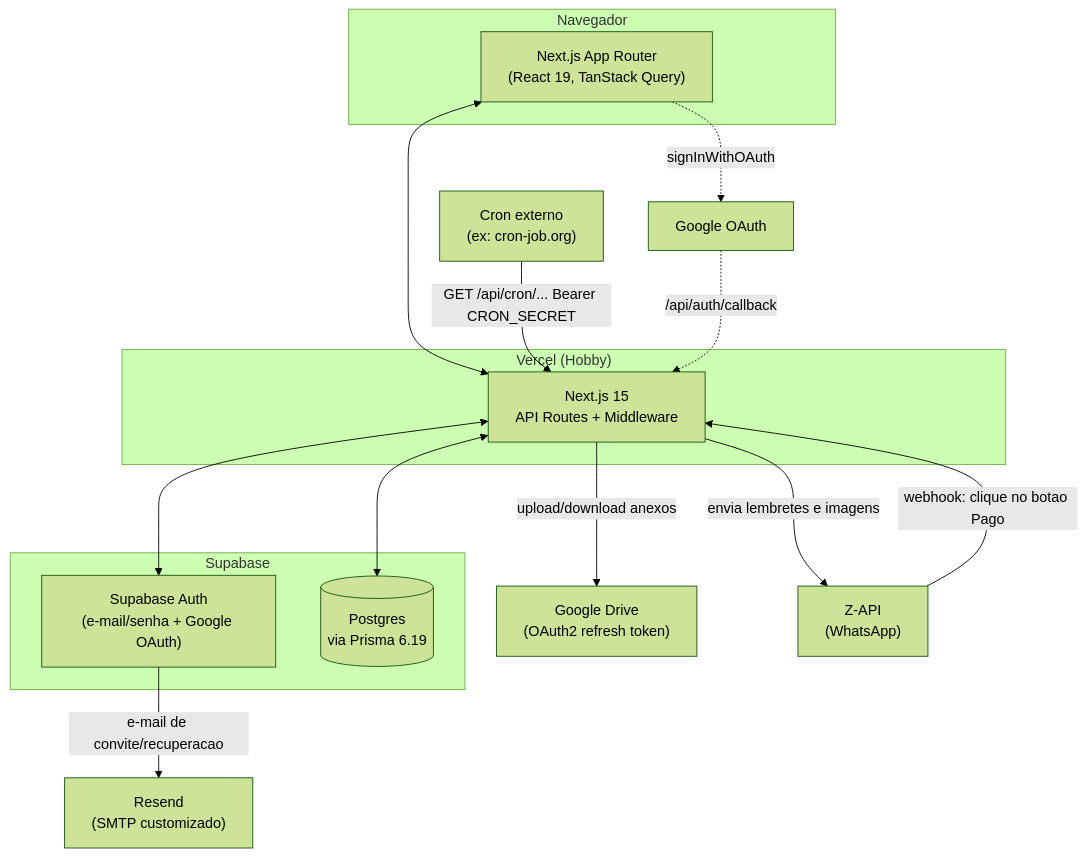
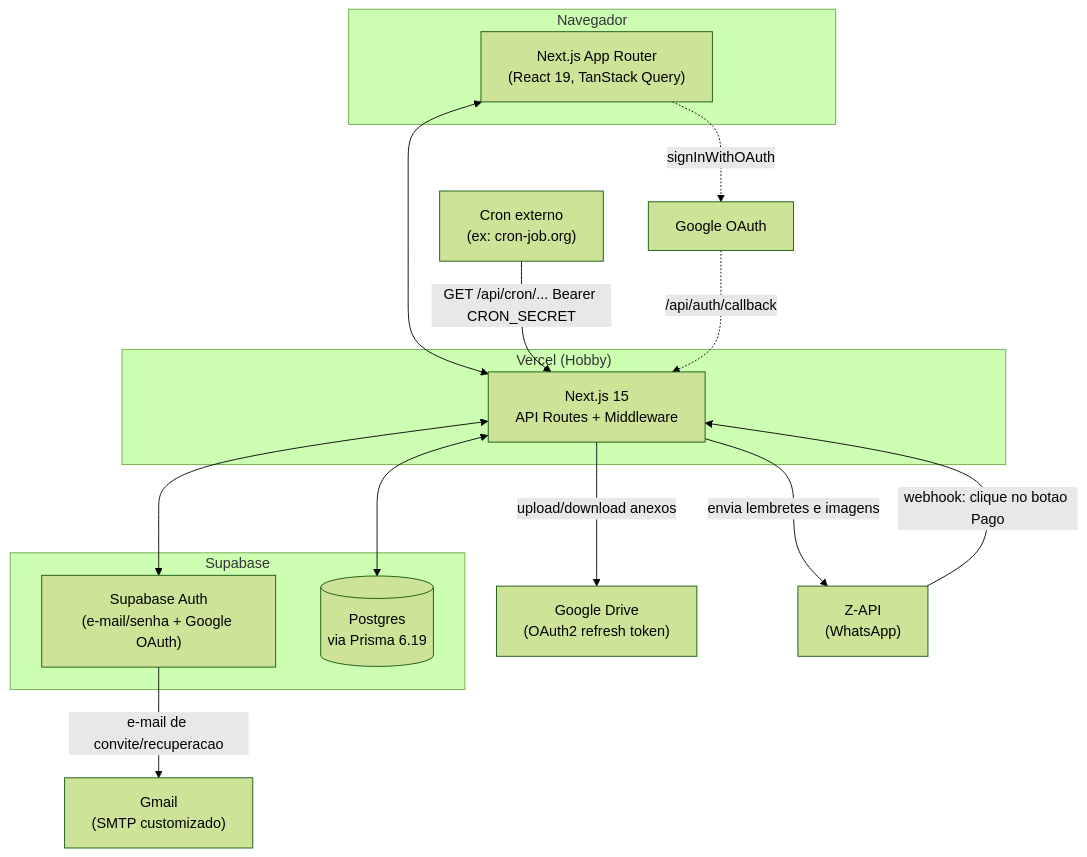
Before and after one commit to mguimaraesti-dot/medflow: the first of 2 diagrams in docs/arquitetura.md, drawn with Mermaid (forest theme). The commit also changed other lines of this file, not shown here.

First line of the commit message:
docs(arquitetura): corrigir SMTP do Supabase Auth para Gmail (não Resend)

````diff
--- a/docs/arquitetura.md
+++ b/docs/arquitetura.md
@@ -173,32 +174,32 @@
 ```mermaid
 flowchart TB
     subgraph Client["Navegador"]
         UI["Next.js App Router<br/>(React 19, TanStack Query)"]
     end
 
     subgraph Vercel["Vercel (Hobby)"]
         NextApp["Next.js 15<br/>API Routes + Middleware"]
     end
 
     subgraph Supabase["Supabase"]
         Auth["Supabase Auth<br/>(e-mail/senha + Google OAuth)"]
         DB[("Postgres<br/>via Prisma 6.19")]
     end
 
     GDrive["Google Drive<br/>(OAuth2 refresh token)"]
     ZAPI["Z-API<br/>(WhatsApp)"]
     CronExt["Cron externo<br/>(ex: cron-job.org)"]
     Google["Google OAuth"]
-    Resend["Resend<br/>(SMTP customizado)"]
+    GmailSMTP["Gmail<br/>(SMTP customizado)"]
 
     UI <--> NextApp
     NextApp <--> Auth
     NextApp <--> DB
     NextApp -->|upload/download anexos| GDrive
     NextApp -->|envia lembretes e imagens| ZAPI
     ZAPI -->|webhook: clique no botao Pago| NextApp
     CronExt -->|GET /api/cron/... Bearer CRON_SECRET| NextApp
     UI -.->|signInWithOAuth| Google
     Google -.->|/api/auth/callback| NextApp
-    Auth -->|e-mail de convite/recuperacao| Resend
+    Auth -->|e-mail de convite/recuperacao| GmailSMTP
 ```
````
